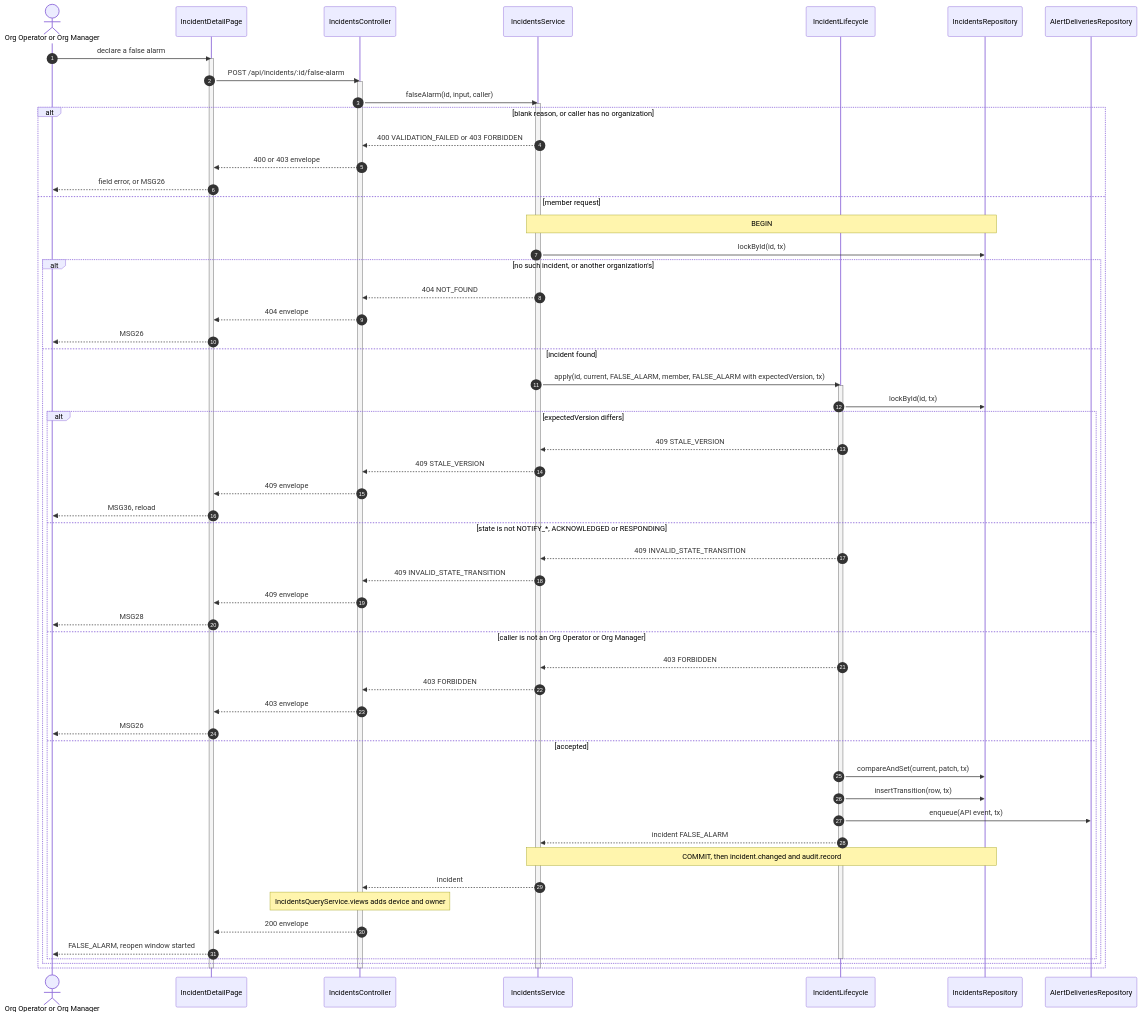
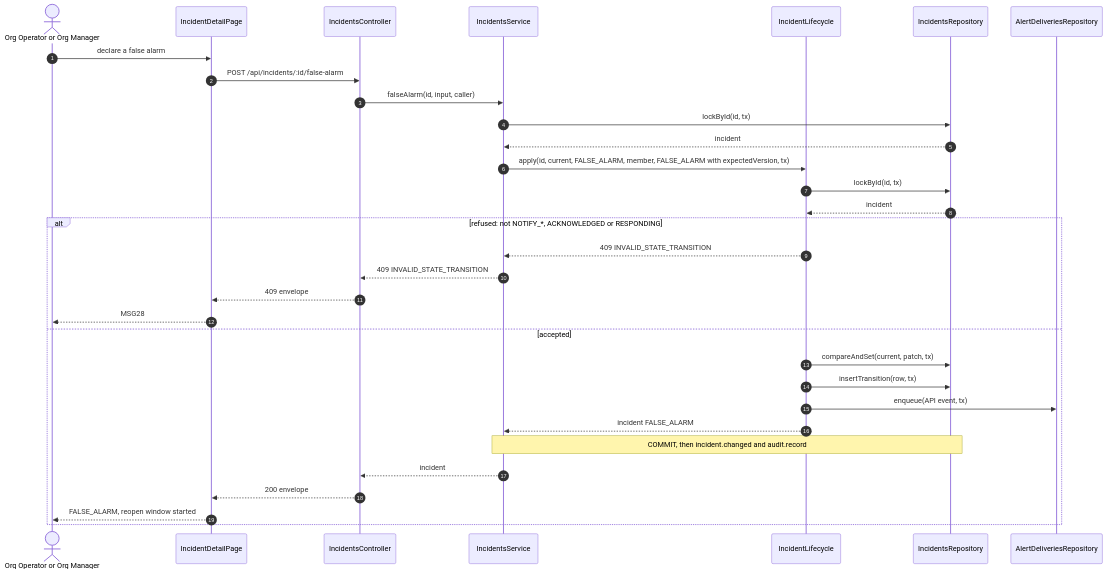
The second of 2 diagrams in specs/incidents/api-design/07-post-incidents-id-false-alarm.md (TrekLink-Team/treklink-web), drawn with Mermaid before and after one commit. The commit also changed 8 other files, not shown here.

First line of the commit message:
docs: keep one alt and no activation lines in the incidents sequences

````diff
--- a/specs/incidents/api-design/07-post-incidents-id-false-alarm.md
+++ b/specs/incidents/api-design/07-post-incidents-id-false-alarm.md
@@ -232,64 +232,34 @@
 ```mermaid
 sequenceDiagram
     autonumber
     actor U as Org Operator or Org Manager
     participant P as IncidentDetailPage
     participant Ctl as IncidentsController
     participant Svc as IncidentsService
     participant L as IncidentLifecycle
     participant R as IncidentsRepository
     participant Ob as AlertDeliveriesRepository
     U->>P: declare a false alarm
-    activate P
     P->>Ctl: POST /api/incidents/:id/false-alarm
-    activate Ctl
     Ctl->>Svc: falseAlarm(id, input, caller)
-    activate Svc
-    alt blank reason, or caller has no organization
-        Svc-->>Ctl: 400 VALIDATION_FAILED or 403 FORBIDDEN
-        Ctl-->>P: 400 or 403 envelope
-        P-->>U: field error, or MSG26
-    else member request
-        Note over Svc,R: BEGIN
-        Svc->>R: lockById(id, tx)
-        alt no such incident, or another organization's
-            Svc-->>Ctl: 404 NOT_FOUND
-            Ctl-->>P: 404 envelope
-            P-->>U: MSG26
-        else incident found
-            Svc->>L: apply(id, current, FALSE_ALARM, member, FALSE_ALARM with expectedVersion, tx)
-            activate L
-            L->>R: lockById(id, tx)
-            alt expectedVersion differs
-                L-->>Svc: 409 STALE_VERSION
-                Svc-->>Ctl: 409 STALE_VERSION
-                Ctl-->>P: 409 envelope
-                P-->>U: MSG36, reload
-            else state is not NOTIFY_*, ACKNOWLEDGED or RESPONDING
-                L-->>Svc: 409 INVALID_STATE_TRANSITION
-                Svc-->>Ctl: 409 INVALID_STATE_TRANSITION
-                Ctl-->>P: 409 envelope
-                P-->>U: MSG28
-            else caller is not an Org Operator or Org Manager
-                L-->>Svc: 403 FORBIDDEN
-                Svc-->>Ctl: 403 FORBIDDEN
-                Ctl-->>P: 403 envelope
-                P-->>U: MSG26
-            else accepted
-                L->>R: compareAndSet(current, patch, tx)
-                L->>R: insertTransition(row, tx)
-                L->>Ob: enqueue(API event, tx)
-                L-->>Svc: incident FALSE_ALARM
-                Note over Svc,R: COMMIT, then incident.changed and audit.record
-                Svc-->>Ctl: incident
-                Note over Ctl: IncidentsQueryService.views adds device and owner
-                Ctl-->>P: 200 envelope
-                P-->>U: FALSE_ALARM, reopen window started
-            end
-            deactivate L
-        end
+    Svc->>R: lockById(id, tx)
+    R-->>Svc: incident
+    Svc->>L: apply(id, current, FALSE_ALARM, member, FALSE_ALARM with expectedVersion, tx)
+    L->>R: lockById(id, tx)
+    R-->>L: incident
+    alt refused: not NOTIFY_*, ACKNOWLEDGED or RESPONDING
+        L-->>Svc: 409 INVALID_STATE_TRANSITION
+        Svc-->>Ctl: 409 INVALID_STATE_TRANSITION
+        Ctl-->>P: 409 envelope
+        P-->>U: MSG28
+    else accepted
+        L->>R: compareAndSet(current, patch, tx)
+        L->>R: insertTransition(row, tx)
+        L->>Ob: enqueue(API event, tx)
+        L-->>Svc: incident FALSE_ALARM
+        Note over Svc,R: COMMIT, then incident.changed and audit.record
+        Svc-->>Ctl: incident
+        Ctl-->>P: 200 envelope
+        P-->>U: FALSE_ALARM, reopen window started
     end
-    deactivate Svc
-    deactivate Ctl
-    deactivate P
 ```
````
